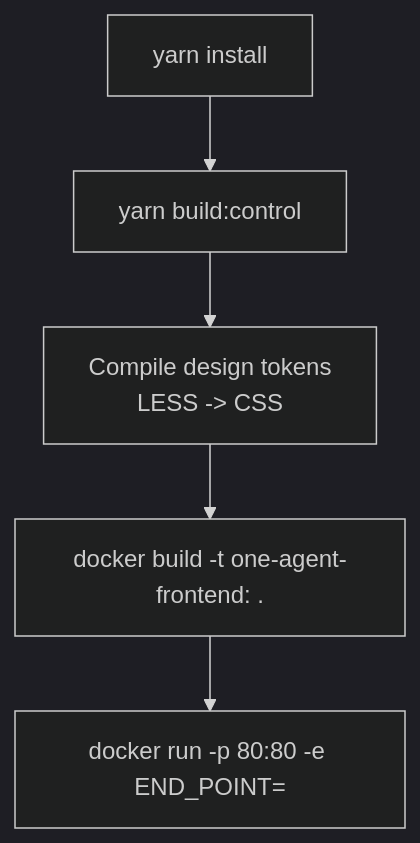
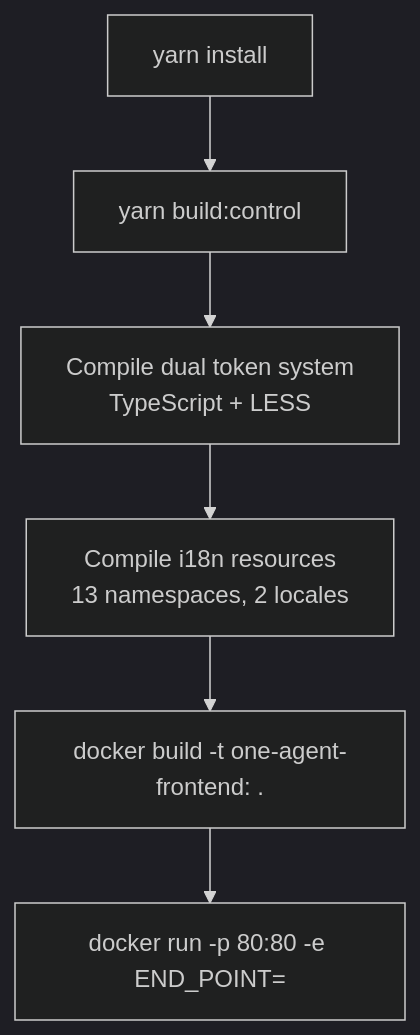
Before and after one commit to alibaba/tron-one-agent: diagram 11 of 11 in .qoder/repowiki/en/content/Frontend Architecture/Frontend Architecture.md, drawn with Mermaid (dark theme). The commit also changed other lines of this file and 8 other files, not shown here.

````diff
--- a/.qoder/repowiki/en/content/Frontend Architecture/Frontend Architecture.md
+++ b/.qoder/repowiki/en/content/Frontend Architecture/Frontend Architecture.md
@@ -538,7 +751,8 @@
 ```mermaid
 flowchart TD
 DevStart["yarn install"] --> BuildCtrl["yarn build:control"]
-BuildCtrl --> CompileTokens["Compile design tokens<br/>LESS -> CSS"]
-CompileTokens --> DockerBuild["docker build -t one-agent-frontend:<tag> ."]
+BuildCtrl --> CompileTokens["Compile dual token system<br/>TypeScript + LESS"]
+CompileTokens --> CompileI18n["Compile i18n resources<br/>13 namespaces, 2 locales"]
+CompileI18n --> DockerBuild["docker build -t one-agent-frontend:<tag> ."]
 DockerBuild --> RunContainer["docker run -p 80:80 -e END_POINT=<host:port>"]
 ```
````
